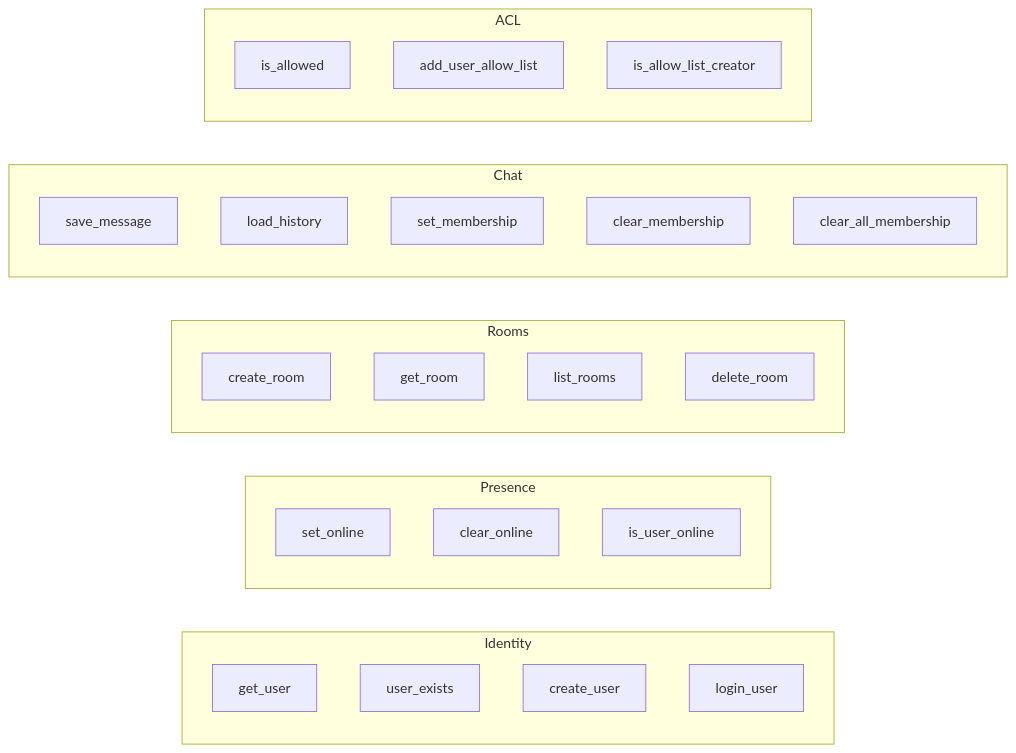
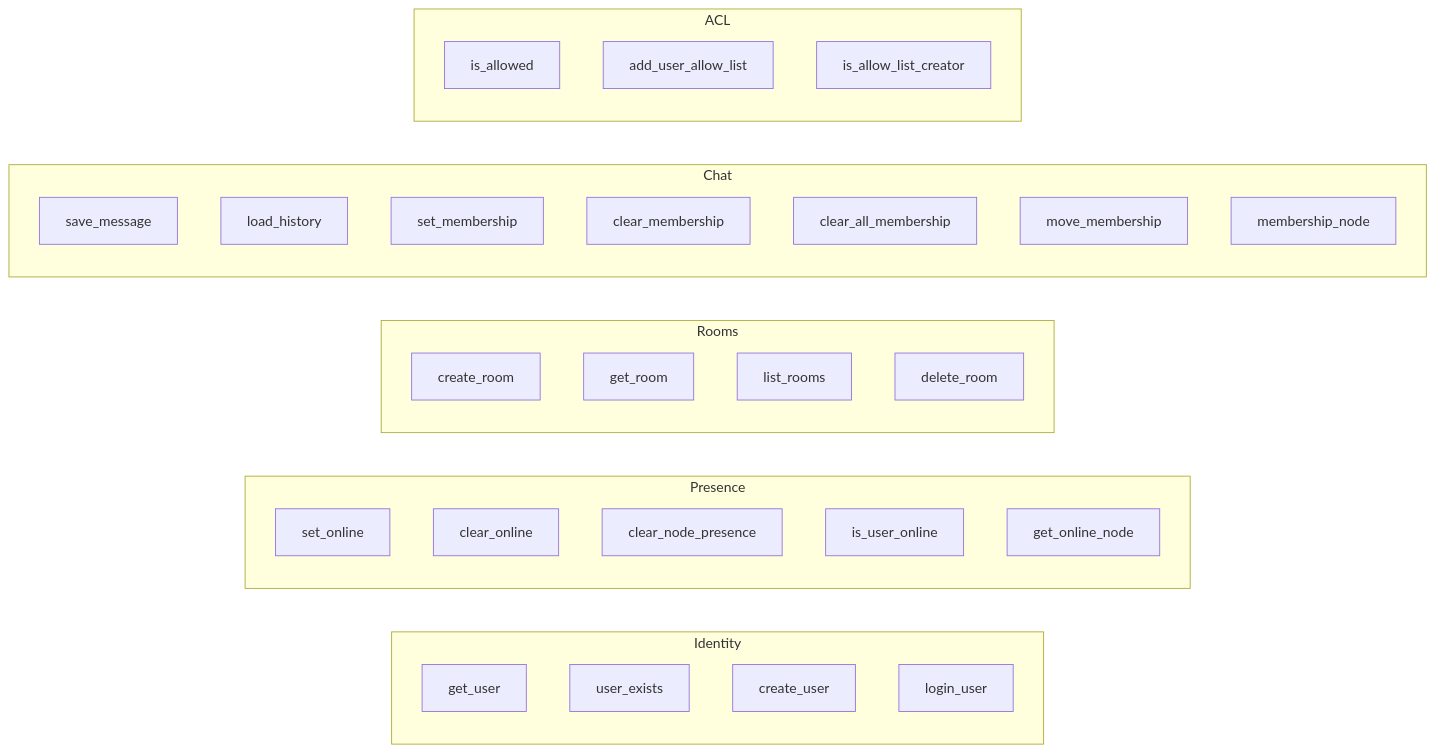
The sixth of 9 diagrams in database.md (OmriSpitzer/Distributed-Chat-Server), drawn with Mermaid before and after one commit. The commit also changed other lines of this file and 39 other files, not shown here.

````diff
--- a/database.md
+++ b/database.md
@@ -281,36 +281,40 @@
 ```mermaid
 flowchart LR
   subgraph Identity
     get_user
     user_exists
     create_user
     login_user
   end
 
   subgraph Presence
     set_online
     clear_online
+    clear_node_presence
     is_user_online
+    get_online_node
   end
 
   subgraph Rooms
     create_room
     get_room
     list_rooms
     delete_room
   end
 
   subgraph Chat
     save_message
     load_history
     set_membership
     clear_membership
     clear_all_membership
+    move_membership
+    membership_node
   end
 
   subgraph ACL
     is_allowed
     add_user_allow_list
     is_allow_list_creator
   end
 ```
````
